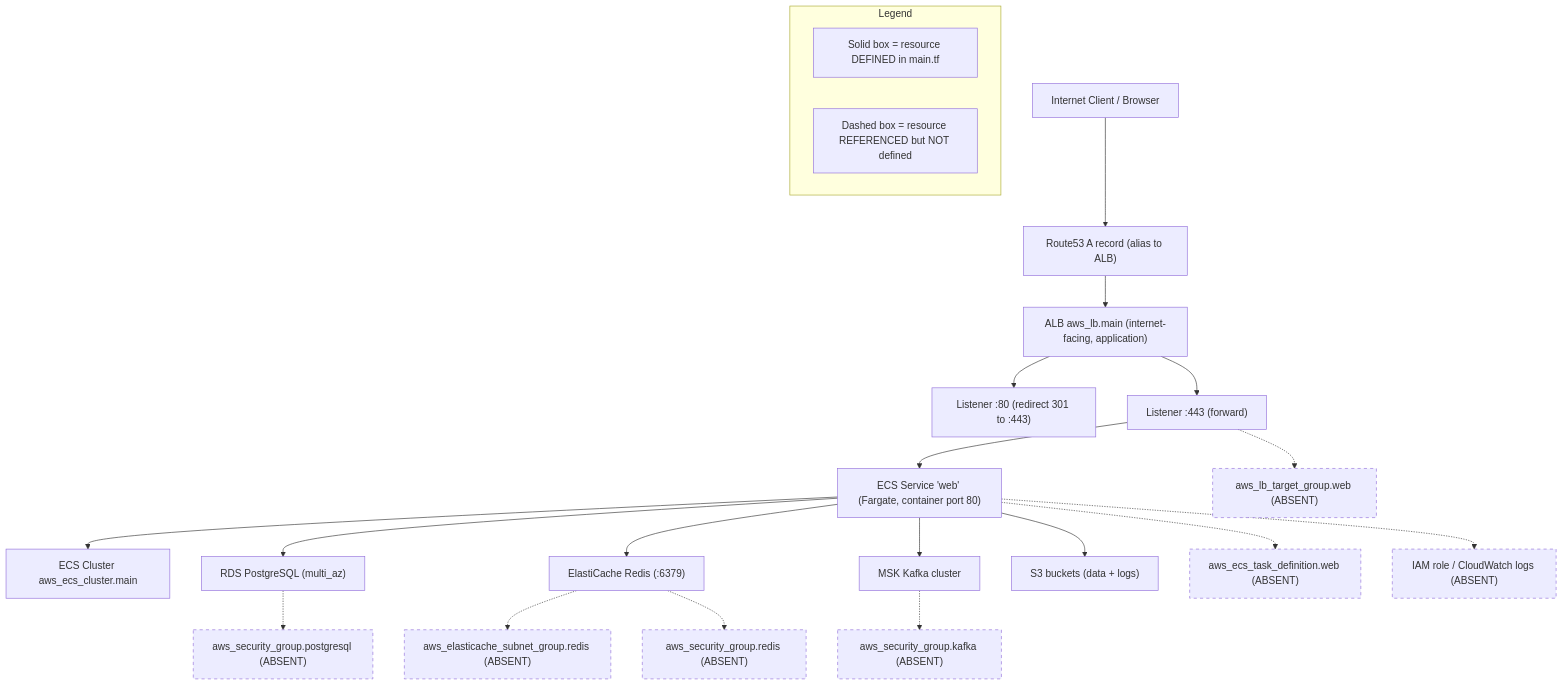
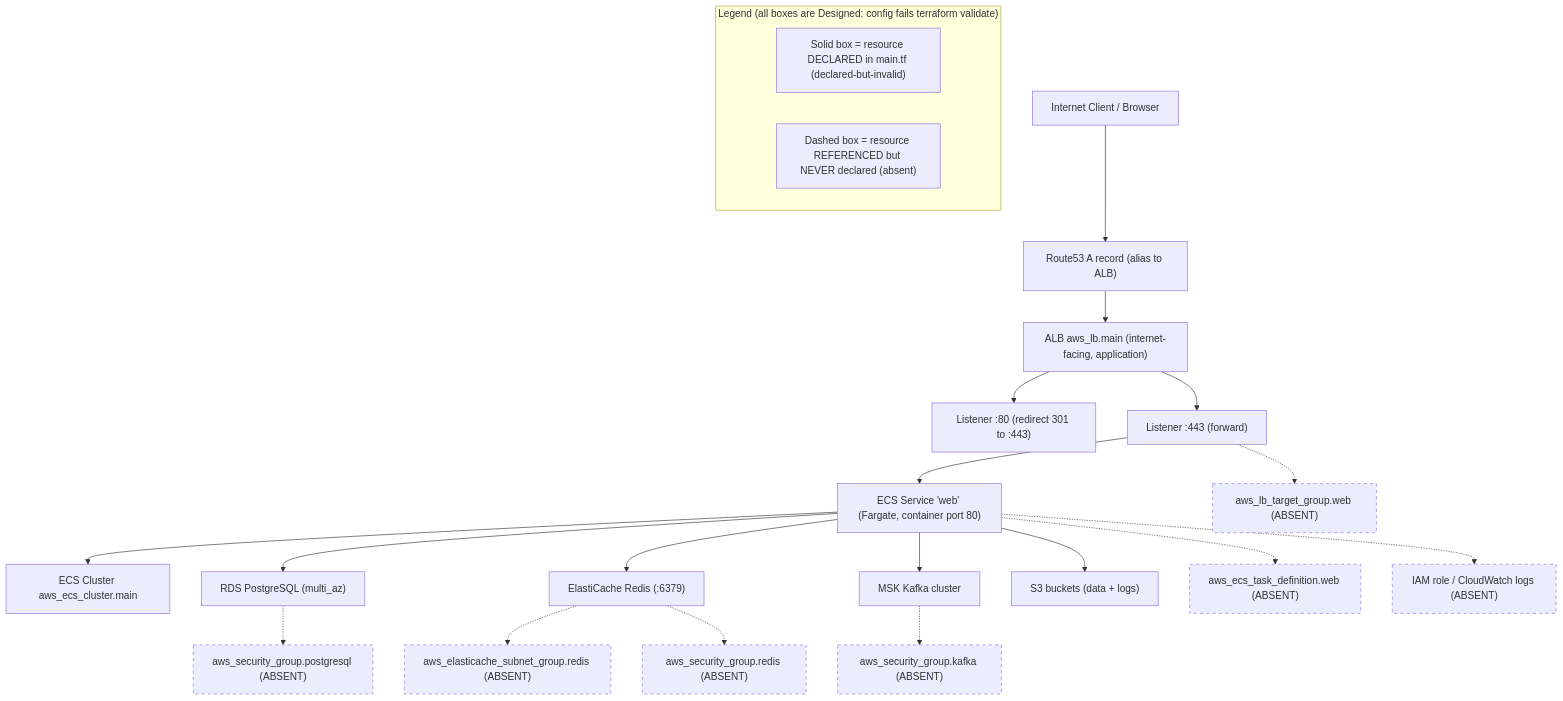
Before and after one commit to blitzy-public-samples/blockchain-integration-6edhrq: the diagram in docs/guides/deployment.md, drawn with Mermaid. The commit also changed other lines of this file and 27 other files, not shown here.

````diff
--- a/docs/guides/deployment.md
+++ b/docs/guides/deployment.md
@@ -19,30 +19,30 @@
 ```mermaid
 flowchart TD
-    subgraph Legend_O2["Legend"]
-        LG1["Solid box = resource DEFINED in main.tf"]
-        LG2["Dashed box = resource REFERENCED but NOT defined"]
+    subgraph Legend_O2["Legend (all boxes are Designed: config fails terraform validate)"]
+        LG1["Solid box = resource DECLARED in main.tf (declared-but-invalid)"]
+        LG2["Dashed box = resource REFERENCED but NEVER declared (absent)"]
     end
 
     User["Internet Client / Browser"] --> R53["Route53 A record (alias to ALB)"]
     R53 --> ALB["ALB aws_lb.main (internet-facing, application)"]
     ALB --> LHTTP["Listener :80 (redirect 301 to :443)"]
     ALB --> LHTTPS["Listener :443 (forward)"]
     LHTTPS --> SVC["ECS Service 'web' (Fargate, container port 80)"]
     SVC --> CL["ECS Cluster aws_ecs_cluster.main"]
     SVC --> RDS["RDS PostgreSQL (multi_az)"]
     SVC --> REDIS["ElastiCache Redis (:6379)"]
     SVC --> KAFKA["MSK Kafka cluster"]
     SVC --> S3["S3 buckets (data + logs)"]
     LHTTPS -.-> TG["aws_lb_target_group.web (ABSENT)"]
     SVC -.-> TD["aws_ecs_task_definition.web (ABSENT)"]
     RDS -.-> SGPG["aws_security_group.postgresql (ABSENT)"]
     REDIS -.-> SNG["aws_elasticache_subnet_group.redis (ABSENT)"]
     REDIS -.-> SGR["aws_security_group.redis (ABSENT)"]
     KAFKA -.-> SGK["aws_security_group.kafka (ABSENT)"]
     SVC -.-> IAM["IAM role / CloudWatch logs (ABSENT)"]
 
     classDef absent stroke-dasharray: 5 5;
     class TG,TD,SGPG,SNG,SGR,SGK,IAM absent;
 
-    %% Legend: solid box = resource defined in main.tf; dashed box + dashed edge = resource referenced but undefined (HUMAN ASSISTANCE NEEDED, main.tf L217-L227)
+    %% Legend: solid box = resource DECLARED in main.tf (declared-but-invalid, fails terraform validate); dashed box + dashed edge = resource REFERENCED but never declared (absent; HUMAN ASSISTANCE NEEDED, main.tf L217-L227). No box is Provisioned or Implemented: the whole topology is Designed.
 ```
````
